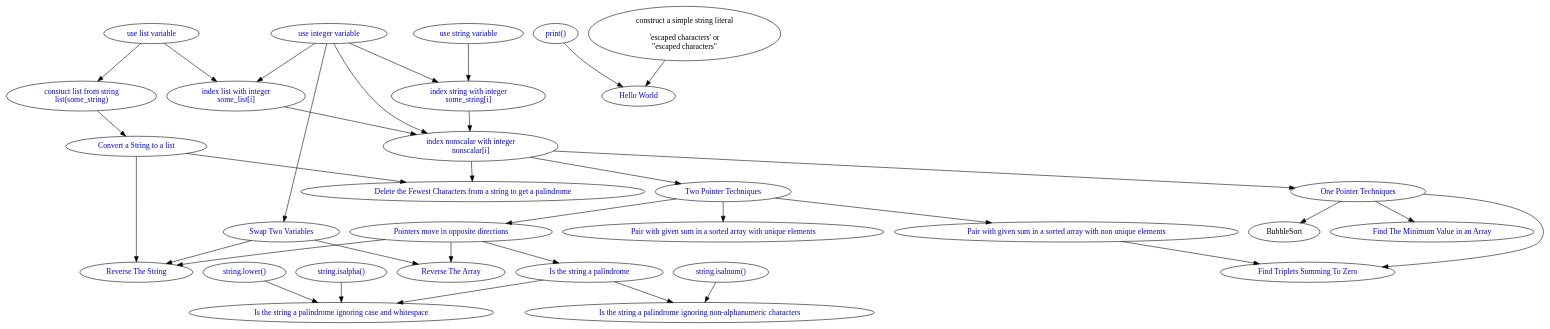
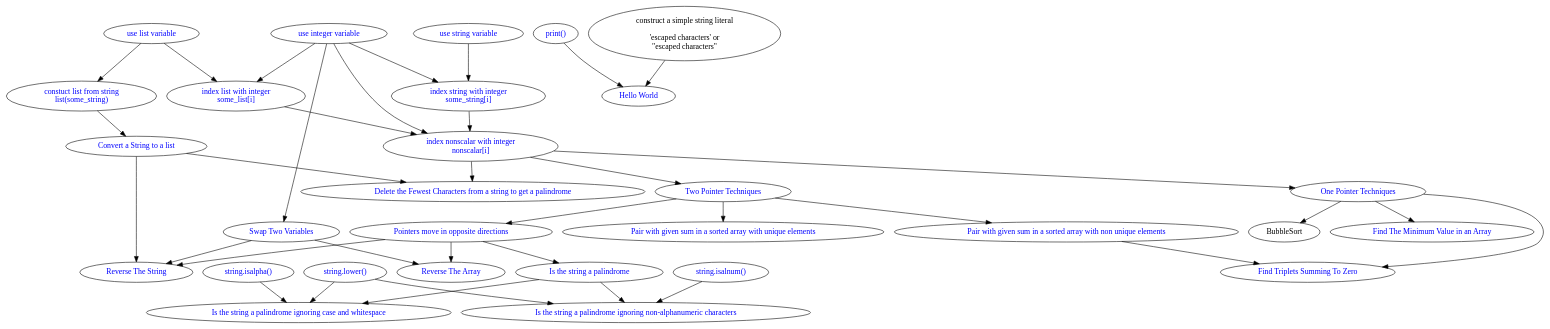
Before and after one commit to pflagerd/python-language-feature-family-tree: the diagram in .dsa-dependency-graph/dsa-dependency-graph.dot, drawn with Graphviz.

Commit message:
More naming.

```diff
--- a/.dsa-dependency-graph/dsa-dependency-graph.dot
+++ b/.dsa-dependency-graph/dsa-dependency-graph.dot
@@ -1,83 +1,84 @@
 #
 # An edge goes from A to B.
 # The edge and its nodes may be read as "You must know A before you can do B".
 # So <code>builtin_function_print -> HelloWorld</code> may be read "You must know (the print() built-in function) before you can do (HelloWorld)
 #
 #
 strict digraph {
 #    construct_list_from_iterable [label="variable([iterable])" href="https://docs.python.org/3/library/stdtypes.html#list" target="_blank" fontcolor="blue"]
     construct_list_from_string [label="constuct list from string\nlist(some_string)" href="https://docs.python.org/3/library/stdtypes.html#list" target="_blank" fontcolor="blue"]
     builtin_function_print [label="print()" href="https://docs.python.org/3/library/stdtypes.html#list" target="_blank" fontcolor="blue"]
     integer_variable [label="use integer variable" href="" target="_blank" fontcolor="blue"]
     builtin_nonscalar_literal_unmodified_string [label="construct a simple string literal\n\n'escaped characters' or\n\"escaped characters\""]
 #    builtin_scalar_literal_bool [label="bool literal"]
 #    builtin_scalar_literal_numeric_float [label="float literal" href="https://docs.python.org/3/reference/lexical_analysis.html#floating-point-literals" target="_blank" fontcolor="blue"]
 #    builtin_scalar_literal_numeric_int [label="integer literal" href="https://docs.python.org/3/reference/lexical_analysis.html#integer-literals" target="_blank" fontcolor="blue"]
 #    builtin_scalar_literal_None [label="None"]
 #    builtin_map_type [label="map"]
 #    builtin_set_type [label="set"]
     BubbleSort
     ConvertStringToList [label="Convert a String to a list" href="https://docs.python.org/3/reference/lexical_analysis.html#numeric-literals" target="_blank" fontcolor="blue"]
 #    complex [label="complex"]
     DeleteFewestCharactersFromStringToGetPalindrome [label="Delete the Fewest Characters from a string to get a palindrome" href="./dsa/DeleteFewestCharactersFromStringToGetPalindrome" target="_blank" fontcolor="blue"]
 #    float [label="float"]
     FindTheMinimum [label="Find The Minimum Value in an Array" href="./dsa/FindTheMinimum/problem.html" target="_blank" fontcolor="blue"]
-    FindTripletsSummingToZero [label="Find Triplets Summing To Zero" href="./dsa/FindTripletsSummingToZero/problem.html" target="_blank" fontcolor="blue"]
+    FindTripletsSummingToZeroInArrayOfNonUniqueIntegers [label="Find Triplets Summing To Zero" href="./dsa/FindTripletsSummingToZero/problem.html" target="_blank" fontcolor="blue"]
     HelloWorld [label="Hello World" href="HelloWorld/problem.html" target="_blank" fontcolor="blue"]
     integer_indexing [label="index nonscalar with integer\nnonscalar[i]" href="" target="_blank" fontcolor="blue"]
     IsTheStringAPalindrome [label="Is the string a palindrome" href="./dsa/IsTheStringAPalindrome/problem.html" target="_blank" fontcolor="blue"]
     IsTheStringAPalindromeIgnoringCaseAndWhiteSpace [label="Is the string a palindrome ignoring case and whitespace" href="./dsa/IsTheStringAPalindromeIgnoringCaseAndWhiteSpace/problem.html" target="_blank" fontcolor="blue"]
-    IsTheStringAPalindromeIgnoringNonAlphanumeric [label="Is the string a palindrome ignoring non-alphanumeric characters" href="./dsa/IsTheStringAPalindromeIgnoringNonAlphaNumeric/problem.html" target="_blank" fontcolor="blue"]
+    one_IsTheStringAPalindromeIgnoringCaseAndNonAlphanumeric [label="Is the string a palindrome ignoring non-alphanumeric characters" href="./dsa/one_IsTheStringAPalindromeIgnoringCaseAndNonAlphanumeric/problem.html" target="_blank" fontcolor="blue"]
     list_integer_indexing [label="index list with integer\nsome_list[i]" href="" target="_blank" fontcolor="blue"]
     list_variable [label="use list variable" href="" target="_blank" fontcolor="blue"]
     one_pointer_techniques [label="One Pointer Techniques" href="" target="_blank" fontcolor="blue"]
-    PairWithGivenSumInASortedArrayNonUniqueElements [label="Pair with given sum in a sorted array with non unique elements" href="./dsa/PairWithGivenSumInASortedArrayNonUniqueElements/problem.html" target="_blank" fontcolor="blue"]
-    PairWithGivenSumInASortedArrayUniqueElements [label="Pair with given sum in a sorted array with unique elements" href="./dsa/PairWithGivenSumInASortedArrayUniqueElements/problem.html" target="_blank" fontcolor="blue"]
+    PairWithGivenSumInASortedArrayOfNonUniqueIntegers [label="Pair with given sum in a sorted array with non unique elements" href="./dsa/PairWithGivenSumInASortedArrayOfNonUniqueIntegers/problem.html" target="_blank" fontcolor="blue"]
+    PairWithGivenSumInASortedArrayOfUniqueIntegers [label="Pair with given sum in a sorted array with unique elements" href="./dsa/PairWithGivenSumInASortedArrayOfUniqueIntegers/problem.html" target="_blank" fontcolor="blue"]
     pointers_move_in_opposite_directions [label="Pointers move in opposite directions" href="" target="_blank" fontcolor="blue"]
     ReverseTheArray [label="Reverse The Array" href="./dsa/ReverseTheArray/problem.html" target="_blank" fontcolor="blue"]
     ReverseTheString [label="Reverse The String" href="./dsa/ReverseTheString/problem.html" target="_blank" fontcolor="blue"]
     SwapTwoVariables [label="Swap Two Variables" href="./dsa/SwapTwoVariables/problem.html" target="_blank" fontcolor="blue"]
     string_dot_isalpha [label="string.isalpha()" href="" target="_blank" fontcolor="blue"]
     string_dot_isalnum [label="string.isalnum()" href="" target="_blank" fontcolor="blue"]
     string_dot_lower [label="string.lower()" href="" target="_blank" fontcolor="blue"]
     string_integer_indexing [label="index string with integer\nsome_string[i]" href="" target="_blank" fontcolor="blue"]
     string_variable [label="use string variable" href="" target="_blank" fontcolor="blue"]
     two_pointer_techniques [label="Two Pointer Techniques" href="" target="_blank" fontcolor="blue"]
 
     construct_list_from_string -> ConvertStringToList
     builtin_function_print -> HelloWorld
     builtin_nonscalar_literal_unmodified_string -> HelloWorld
     ConvertStringToList -> DeleteFewestCharactersFromStringToGetPalindrome
     ConvertStringToList -> ReverseTheString
     integer_indexing -> one_pointer_techniques
     integer_indexing -> two_pointer_techniques
     integer_indexing -> two_pointer_techniques
     integer_indexing -> DeleteFewestCharactersFromStringToGetPalindrome
     integer_variable -> integer_indexing
     integer_variable -> list_integer_indexing
     integer_variable -> string_integer_indexing
     integer_variable -> SwapTwoVariables
     IsTheStringAPalindrome -> IsTheStringAPalindromeIgnoringCaseAndWhiteSpace
-    IsTheStringAPalindrome -> IsTheStringAPalindromeIgnoringNonAlphanumeric
+    IsTheStringAPalindrome -> one_IsTheStringAPalindromeIgnoringCaseAndNonAlphanumeric
     list_variable -> construct_list_from_string
     list_variable -> list_integer_indexing
     list_integer_indexing -> integer_indexing
     list_integer_indexing -> integer_indexing
     one_pointer_techniques -> BubbleSort
     one_pointer_techniques -> FindTheMinimum
-    one_pointer_techniques -> FindTripletsSummingToZero
-    PairWithGivenSumInASortedArrayNonUniqueElements -> FindTripletsSummingToZero
+    one_pointer_techniques -> FindTripletsSummingToZeroInArrayOfNonUniqueIntegers
+    PairWithGivenSumInASortedArrayOfNonUniqueIntegers -> FindTripletsSummingToZeroInArrayOfNonUniqueIntegers
     pointers_move_in_opposite_directions -> IsTheStringAPalindrome
     pointers_move_in_opposite_directions -> ReverseTheArray
     pointers_move_in_opposite_directions -> ReverseTheString
     string_dot_isalpha -> IsTheStringAPalindromeIgnoringCaseAndWhiteSpace
     string_dot_lower -> IsTheStringAPalindromeIgnoringCaseAndWhiteSpace
-    string_dot_isalnum -> IsTheStringAPalindromeIgnoringNonAlphanumeric
+    string_dot_lower -> one_IsTheStringAPalindromeIgnoringCaseAndNonAlphanumeric
+    string_dot_isalnum -> one_IsTheStringAPalindromeIgnoringCaseAndNonAlphanumeric
     string_integer_indexing -> integer_indexing
     string_variable -> string_integer_indexing
     SwapTwoVariables -> ReverseTheArray
     SwapTwoVariables -> ReverseTheString
     two_pointer_techniques -> pointers_move_in_opposite_directions
-    two_pointer_techniques -> PairWithGivenSumInASortedArrayUniqueElements
-    two_pointer_techniques -> PairWithGivenSumInASortedArrayNonUniqueElements
+    two_pointer_techniques -> PairWithGivenSumInASortedArrayOfUniqueIntegers
+    two_pointer_techniques -> PairWithGivenSumInASortedArrayOfNonUniqueIntegers
 }
```
